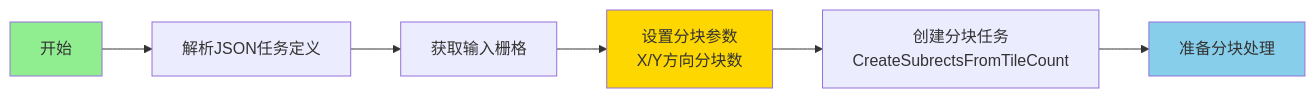
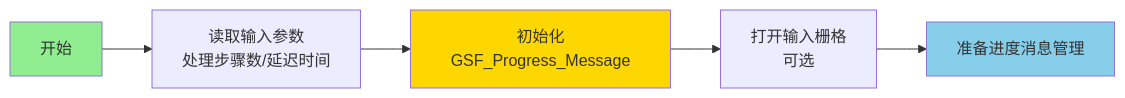
One commit to fashionfu/ENVI_IDL changed the first of 7 diagrams in 二六年学习过程/0105_第二周工作计划.md. Above: the diagram before and after it, drawn with Mermaid. The commit also changed other lines of this file, not shown here.

````diff
--- a/二六年学习过程/0105_第二周工作计划.md
+++ b/二六年学习过程/0105_第二周工作计划.md
@@ -107,12 +108,11 @@
 ```mermaid
 flowchart LR
-    A[开始] --> B[解析JSON任务定义]
-    B --> C[获取输入栅格]
-    C --> D[设置分块参数<br/>X/Y方向分块数]
-    D --> E[创建分块任务<br/>CreateSubrectsFromTileCount]
-    E --> F[准备分块处理]
+    A[开始] --> B[读取输入参数<br/>处理步骤数/延迟时间]
+    B --> C[初始化GSF_Progress_Message]
+    C --> D[打开输入栅格<br/>可选]
+    D --> E[准备进度消息管理]
     
     style A fill:#90EE90
-    style F fill:#87CEEB
-    style D fill:#FFD700
+    style E fill:#87CEEB
+    style C fill:#FFD700
 ```
````
